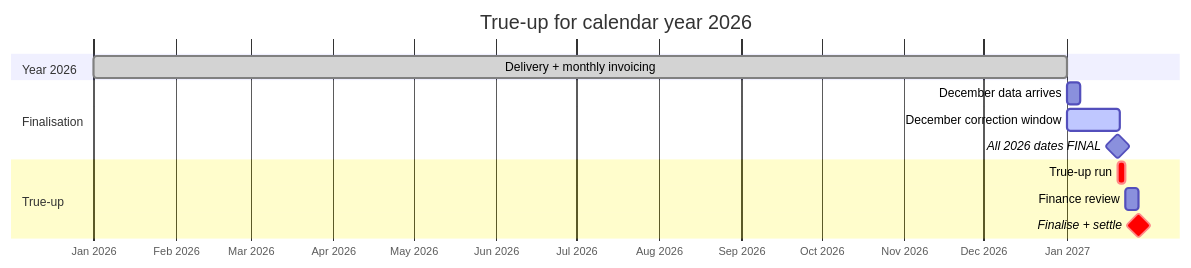
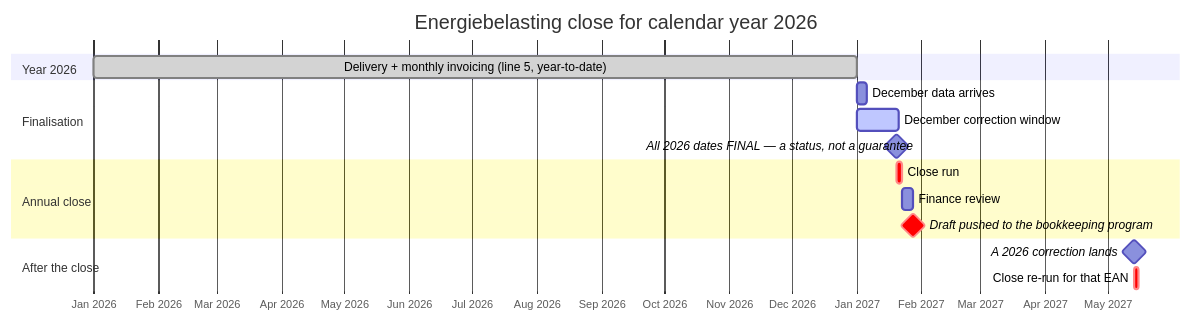
Before and after one commit to lukastosic-ifd/peakpowerspecs: the third of 4 diagrams in specs/40-processes/05-annual-true-up.md, drawn with Mermaid. The commit also changed other lines of this file and 66 other files, not shown here.

````diff
--- a/specs/40-processes/05-annual-true-up.md
+++ b/specs/40-processes/05-annual-true-up.md
@@ -104,19 +193,23 @@
 ```mermaid
 gantt
-    title True-up for calendar year 2026
+    title Energiebelasting close for calendar year 2026
     dateFormat YYYY-MM-DD
     axisFormat %b %Y
 
     section Year 2026
-    Delivery + monthly invoicing   :done, 2026-01-01, 365d
+    Delivery + monthly invoicing (line 5, year-to-date)   :done, 2026-01-01, 365d
 
     section Finalisation
     December data arrives          :2027-01-01, 5d
     December correction window     :active, 2027-01-01, 20d
-    All 2026 dates FINAL           :milestone, 2027-01-20, 0d
+    All 2026 dates FINAL — a status, not a guarantee :milestone, 2027-01-20, 0d
 
-    section True-up
-    True-up run                    :crit, 2027-01-20, 3d
+    section Annual close
+    Close run                      :crit, 2027-01-20, 3d
     Finance review                 :2027-01-23, 5d
-    Finalise + settle              :crit, milestone, 2027-01-28, 0d
+    Draft pushed to the bookkeeping program :crit, milestone, 2027-01-28, 0d
+
+    section After the close
+    A 2026 correction lands        :milestone, 2027-05-14, 0d
+    Close re-run for that EAN      :crit, 2027-05-14, 2d
 ```
````
